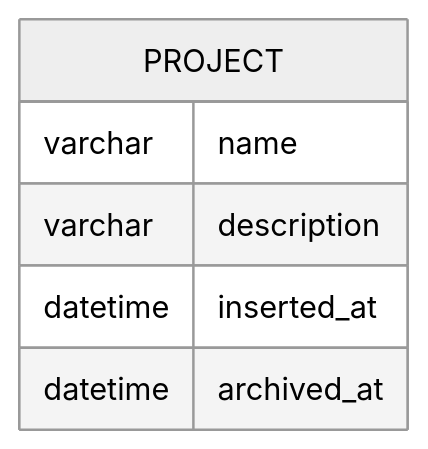
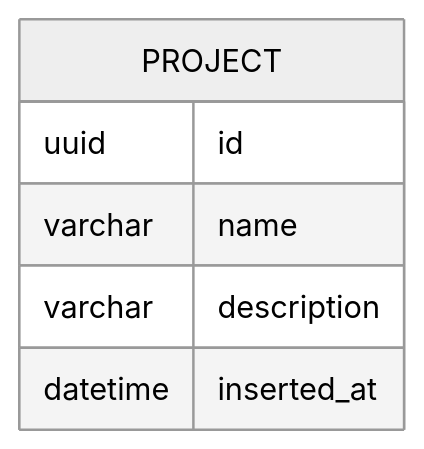
The third of 4 diagrams in docs/src/projects/project.md (stsh89/metropolis), drawn with Mermaid (neutral theme) before and after one commit. The commit also changed other lines of this file, not shown here.

````diff
--- a/docs/src/projects/project.md
+++ b/docs/src/projects/project.md
@@ -14,9 +25,9 @@
 ```mermaid
 erDiagram
     PROJECT {
+        uuid id
         varchar name
         varchar description
         datetime inserted_at
-        datetime archived_at
     }
 ```
````
